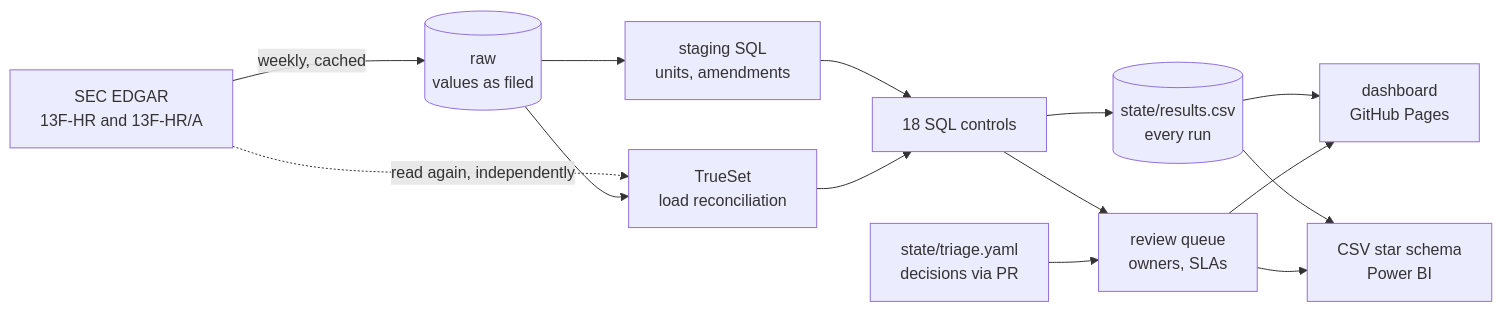
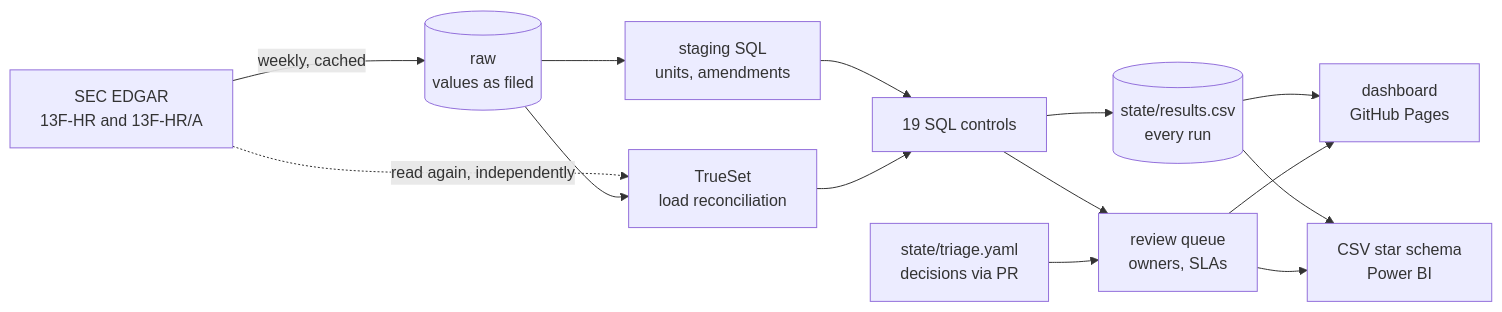
One commit to Tee-works/holdings-data-quality changed the diagram in README.md. Above: the diagram before and after it, drawn with Mermaid. The commit also changed other lines of this file and 15 other files, not shown here.

````diff
--- a/README.md
+++ b/README.md
@@ -11,14 +11,14 @@
 ```mermaid
 flowchart LR
     E[SEC EDGAR<br/>13F-HR and 13F-HR/A] -->|weekly, cached| R[(raw<br/>values as filed)]
     E -.->|read again, independently| T0[TrueSet<br/>load reconciliation]
     R --> T0
     R --> S[staging SQL<br/>units, amendments]
-    S --> C[18 SQL controls]
+    S --> C[19 SQL controls]
     T0 --> C
     C --> H[(state/results.csv<br/>every run)]
     C --> I[review queue<br/>owners, SLAs]
     T[state/triage.yaml<br/>decisions via PR] --> I
     H & I --> P[dashboard<br/>GitHub Pages]
     H & I --> B[CSV star schema<br/>Power BI]
 ```
````
